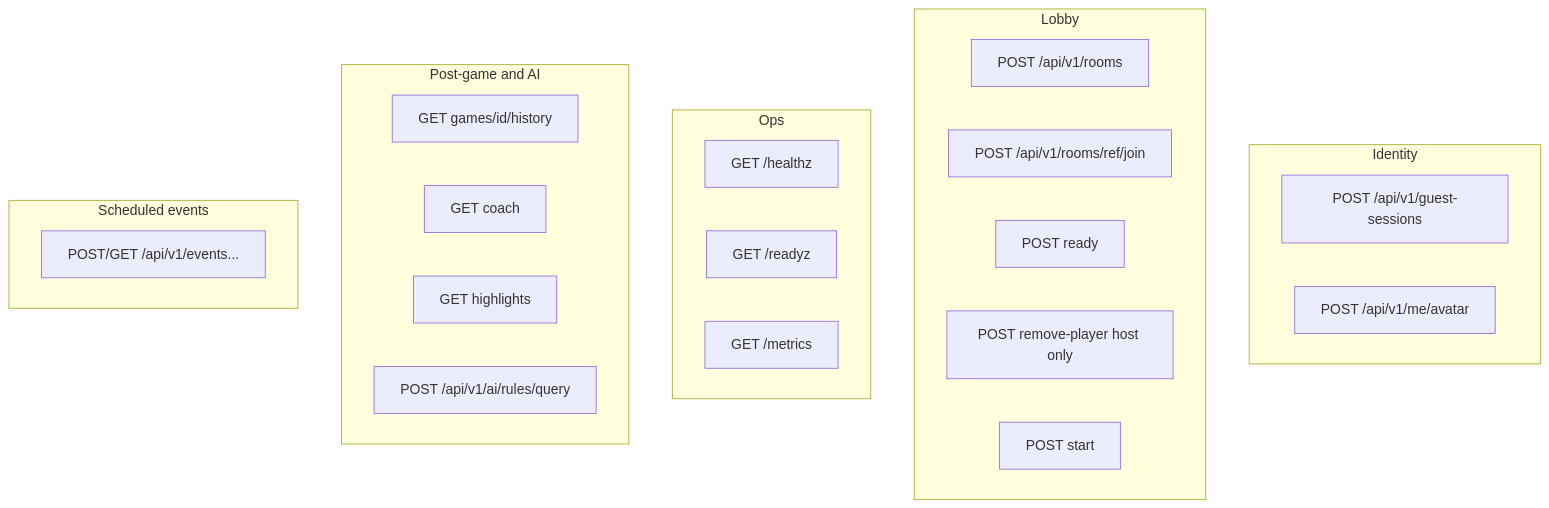
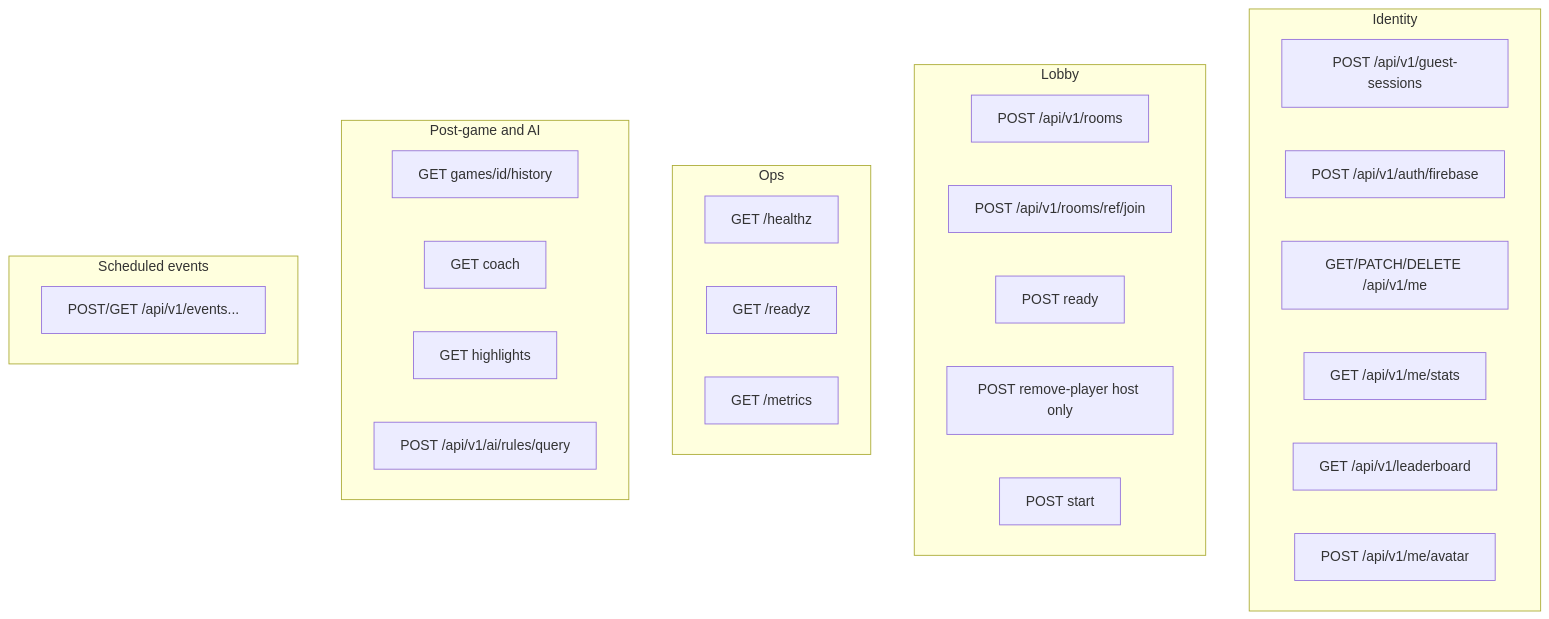
Before and after one commit to learnwithsobhit/judgment: the sixth of 18 diagrams in docs/Architecture.md, drawn with Mermaid. The commit also changed other lines of this file and 47 other files, not shown here.

````diff
--- a/docs/Architecture.md
+++ b/docs/Architecture.md
@@ -226,32 +226,36 @@
 ```mermaid
 flowchart TB
   subgraph identity [Identity]
     guest[POST /api/v1/guest-sessions]
+    firebase[POST /api/v1/auth/firebase]
+    me[GET/PATCH/DELETE /api/v1/me]
+    stats[GET /api/v1/me/stats]
+    board[GET /api/v1/leaderboard]
     avatar[POST /api/v1/me/avatar]
   end
 
   subgraph lobby [Lobby]
     createRoom[POST /api/v1/rooms]
     joinRoom[POST /api/v1/rooms/ref/join]
     ready[POST ready]
     removePlayer[POST remove-player host only]
     start[POST start]
   end
 
   subgraph liveOps [Ops]
     health[GET /healthz]
     readyz[GET /readyz]
     metrics[GET /metrics]
   end
 
   subgraph postGame [Post-game and AI]
     history[GET games/id/history]
     coach[GET coach]
     highlights[GET highlights]
     aiQuery[POST /api/v1/ai/rules/query]
   end
 
   subgraph sched [Scheduled events]
     eventsApi[POST/GET /api/v1/events...]
   end
 ```
````
